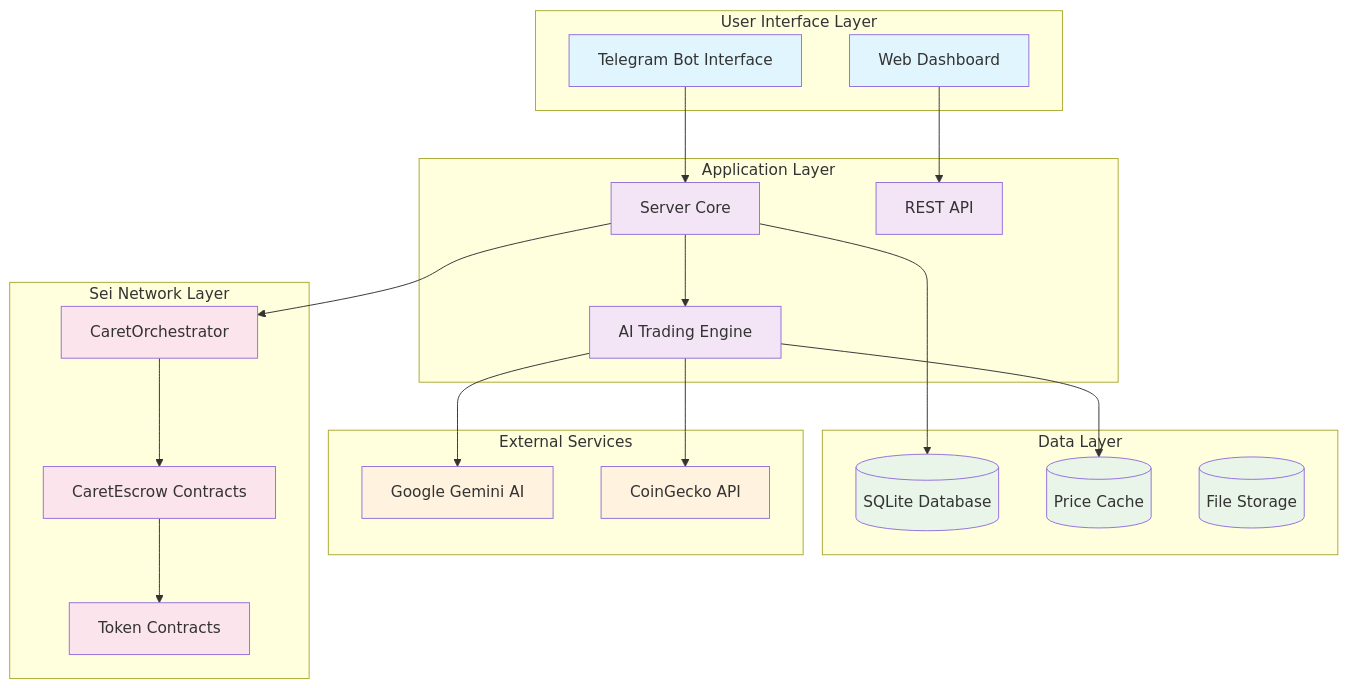
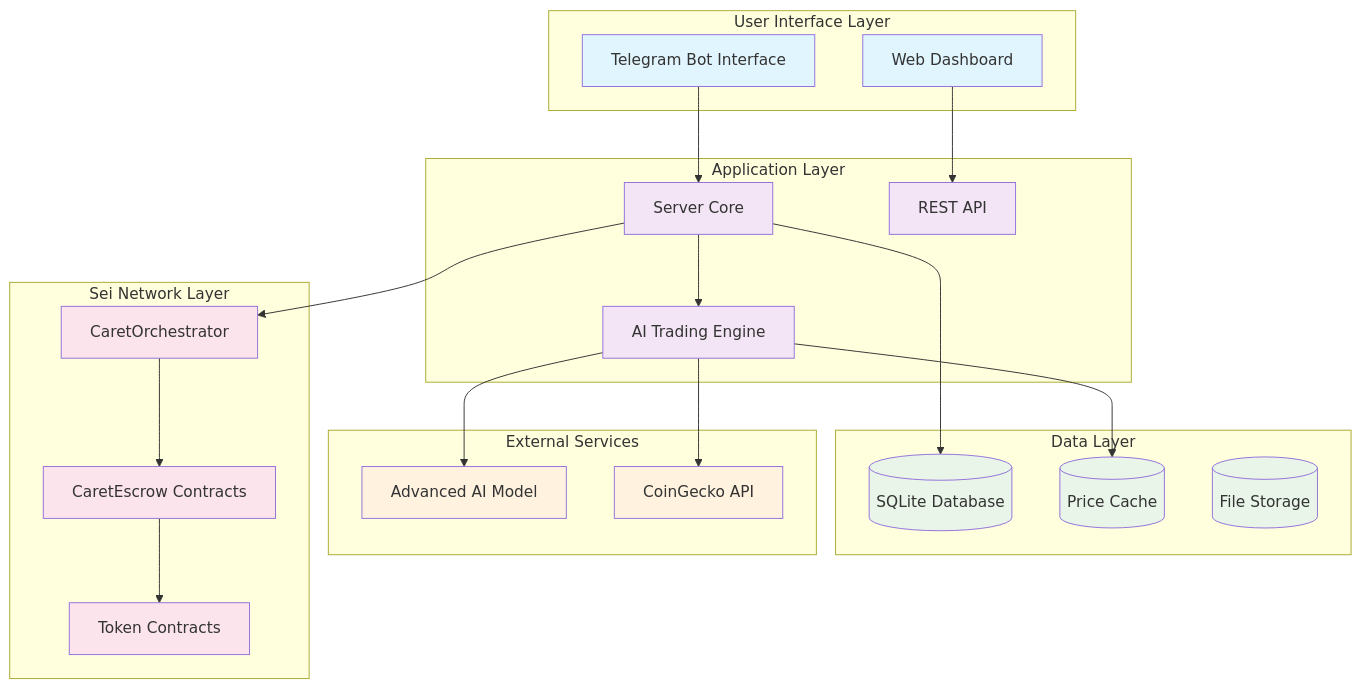
One commit to 3ickleonerd/sei-trader changed the diagram in src/client/public/docs/guide/architecture/overview.md. Above: the diagram before and after it, drawn with Mermaid. The commit also changed other lines of this file and 15 other files, not shown here.

````diff
--- a/src/client/public/docs/guide/architecture/overview.md
+++ b/src/client/public/docs/guide/architecture/overview.md
@@ -7,53 +7,53 @@
 ```mermaid
 graph TB
     subgraph "User Interface Layer"
         TG[Telegram Bot Interface]
         WEB[Web Dashboard]
     end
     
     subgraph "Application Layer"
         SERVER[Server Core]
         API[REST API]
         BOT[AI Trading Engine]
     end
     
     subgraph "Data Layer"
         DB[(SQLite Database)]
         CACHE[(Price Cache)]
         FILES[(File Storage)]
     end
     
     subgraph "External Services"
-        GEMINI[Google Gemini AI]
+        AI_MODEL[Advanced AI Model]
         COINGECKO[CoinGecko API]
     end
     
     subgraph "Sei Network Layer"
         ORCH[CaretOrchestrator]
         ESC[CaretEscrow Contracts]
         TOKENS[Token Contracts]
     end
     
     TG --> SERVER
     WEB --> API
     SERVER --> BOT
     SERVER --> DB
     BOT --> CACHE
-    BOT --> GEMINI
+    BOT --> AI_MODEL
     BOT --> COINGECKO
     SERVER --> ORCH
     ORCH --> ESC
     ESC --> TOKENS
     
     classDef interface fill:#e1f5fe
     classDef application fill:#f3e5f5
     classDef data fill:#e8f5e8
     classDef external fill:#fff3e0
     classDef blockchain fill:#fce4ec
     
     class TG,WEB interface
     class SERVER,API,BOT application
     class DB,CACHE,FILES data
-    class GEMINI,COINGECKO external
+    class AI_MODEL,COINGECKO external
     class ORCH,ESC,TOKENS blockchain
 ```
````
